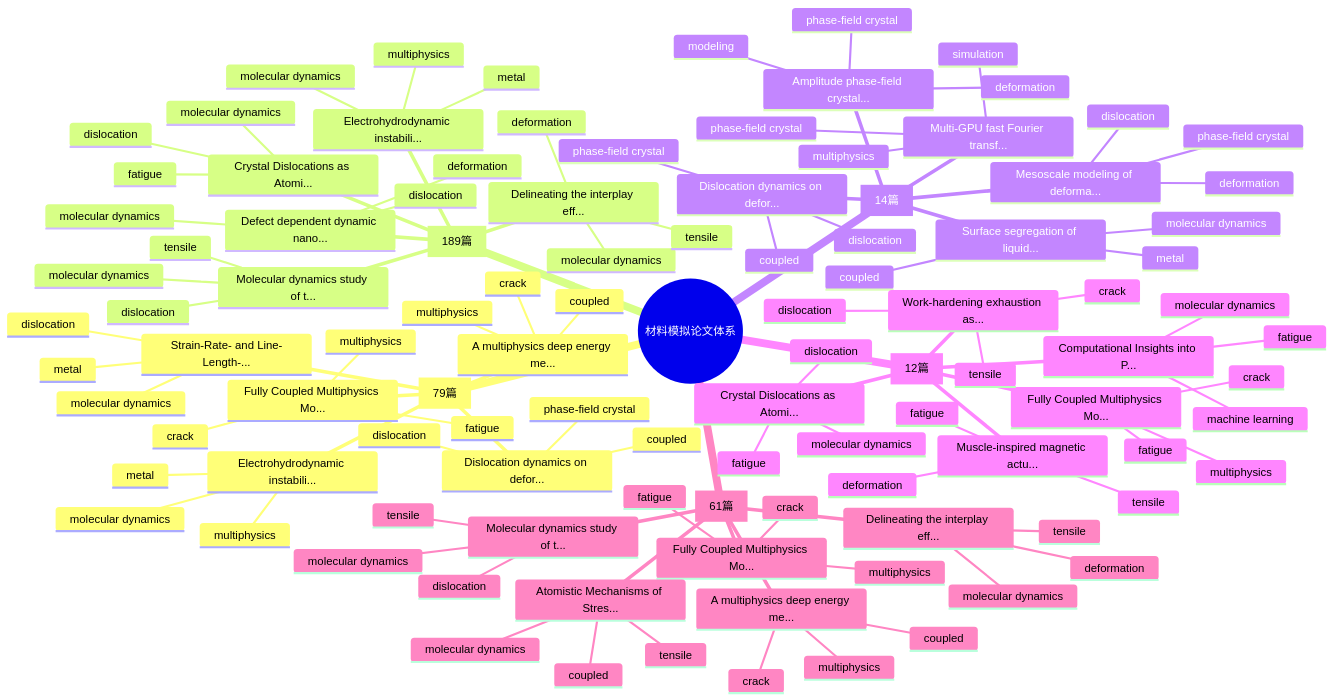
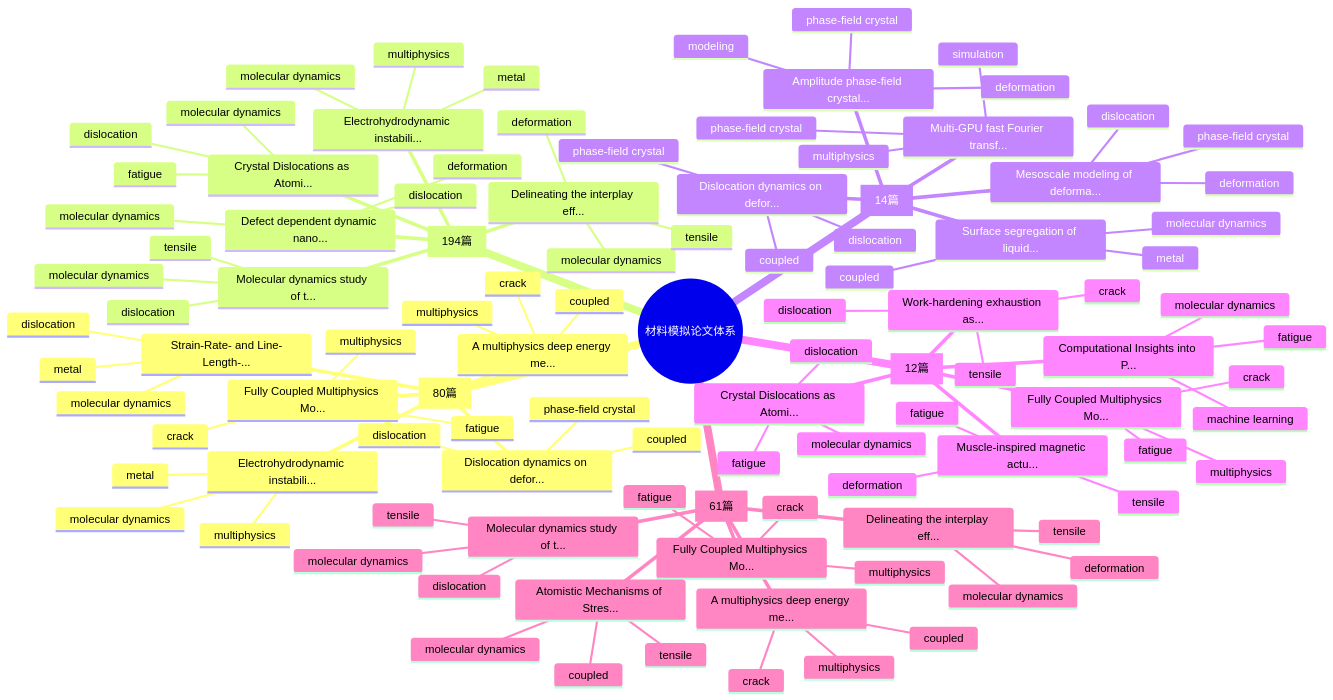
One commit to Shirakawa11111/BJK_readpaper changed the first of 2 diagrams in reports/knowledge_graph.md. Above: the diagram before and after it, drawn with Mermaid. The commit also changed other lines of this file and 11 other files, not shown here.

````diff
--- a/reports/knowledge_graph.md
+++ b/reports/knowledge_graph.md
@@ -7,7 +7,7 @@
 ```mermaid
 mindmap
   root((材料模拟论文体系))
-    Multiphysics Coupling [79篇]
+    Multiphysics Coupling [80篇]
       Fully Coupled Multiphysics Mo...
         fatigue
         multiphysics
@@ -28,7 +28,7 @@
         molecular dynamics
         dislocation
         metal
-    Molecular Dynamics [189篇]
+    Molecular Dynamics [194篇]
       Crystal Dislocations as Atomi...
         molecular dynamics
         fatigue
````
